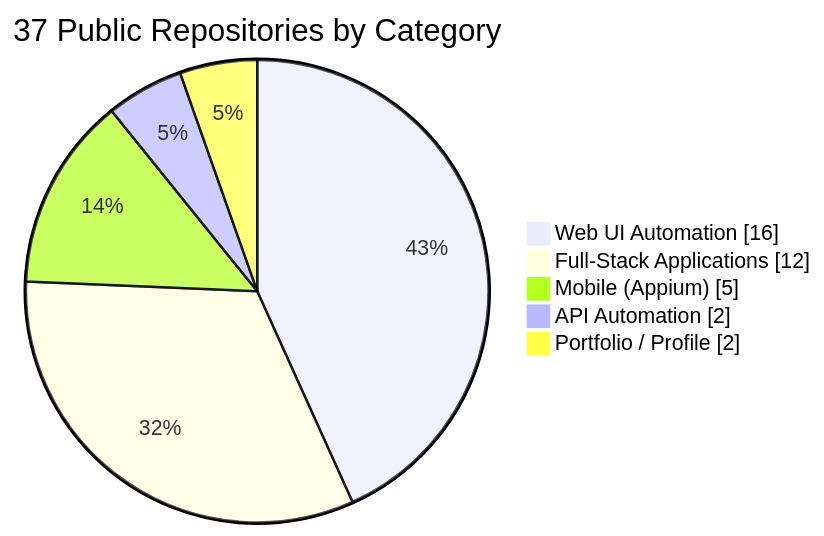
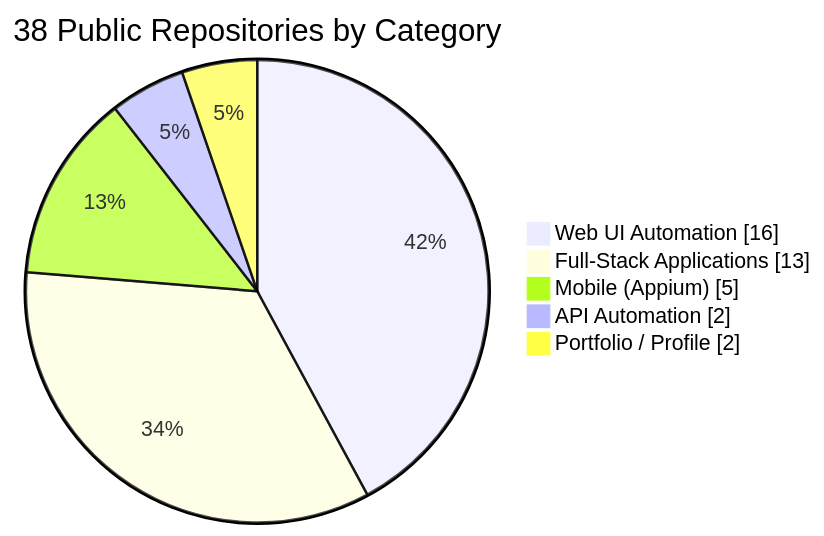
The tenth of 15 diagrams in README.md (rbchy/rbchy), drawn with Mermaid before and after one commit. The commit also changed other lines of this file and 13 other files, not shown here.

````diff
--- a/README.md
+++ b/README.md
@@ -609,9 +623,9 @@
 ```mermaid
 pie showData
-    title 37 Public Repositories by Category
+    title 38 Public Repositories by Category
     "Web UI Automation" : 16
-    "Full-Stack Applications" : 12
+    "Full-Stack Applications" : 13
     "Mobile (Appium)" : 5
     "API Automation" : 2
     "Portfolio / Profile" : 2
 ```
````
